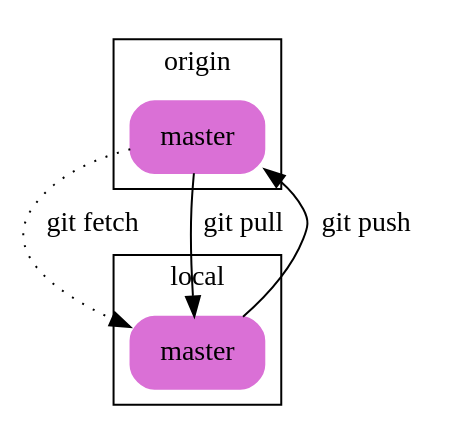
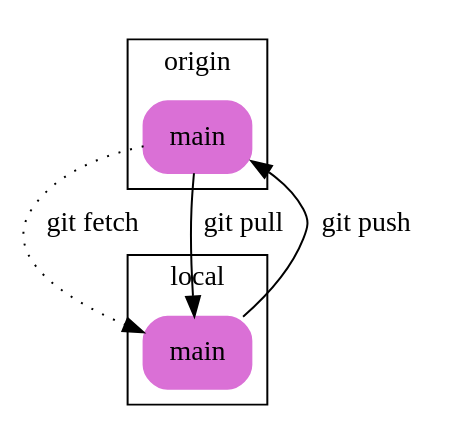
The diagram in git-remote-solo.dot (idiv-biodiversity/git-cheat-sheet), drawn with Graphviz before and after one commit. The commit also changed 4 other files, not shown here.

Commit message:
renames master to main in all dot files

```diff
--- a/git-remote-solo.dot
+++ b/git-remote-solo.dot
@@ -1,23 +1,23 @@
 digraph {
     node [shape = "box", style = "filled, rounded"]
 
     subgraph clusterorigin {
         label = "origin"
 
         node [color = orchid]
 
-        omaster[label = "master"]
+        omain[label = "main"]
     }
 
     subgraph clusterlocal {
         label = "local"
 
         node [color = orchid]
 
-        master[label = "master"]
+        main[label = "main"]
     }
 
-    omaster -> master [label = "git fetch", style = dotted]
-    master -> omaster [label = "git push"]
-    omaster -> master [label = "git pull"]
+    omain -> main [label = "git fetch", style = dotted]
+    main -> omain [label = "git push"]
+    omain -> main [label = "git pull"]
 }
```
